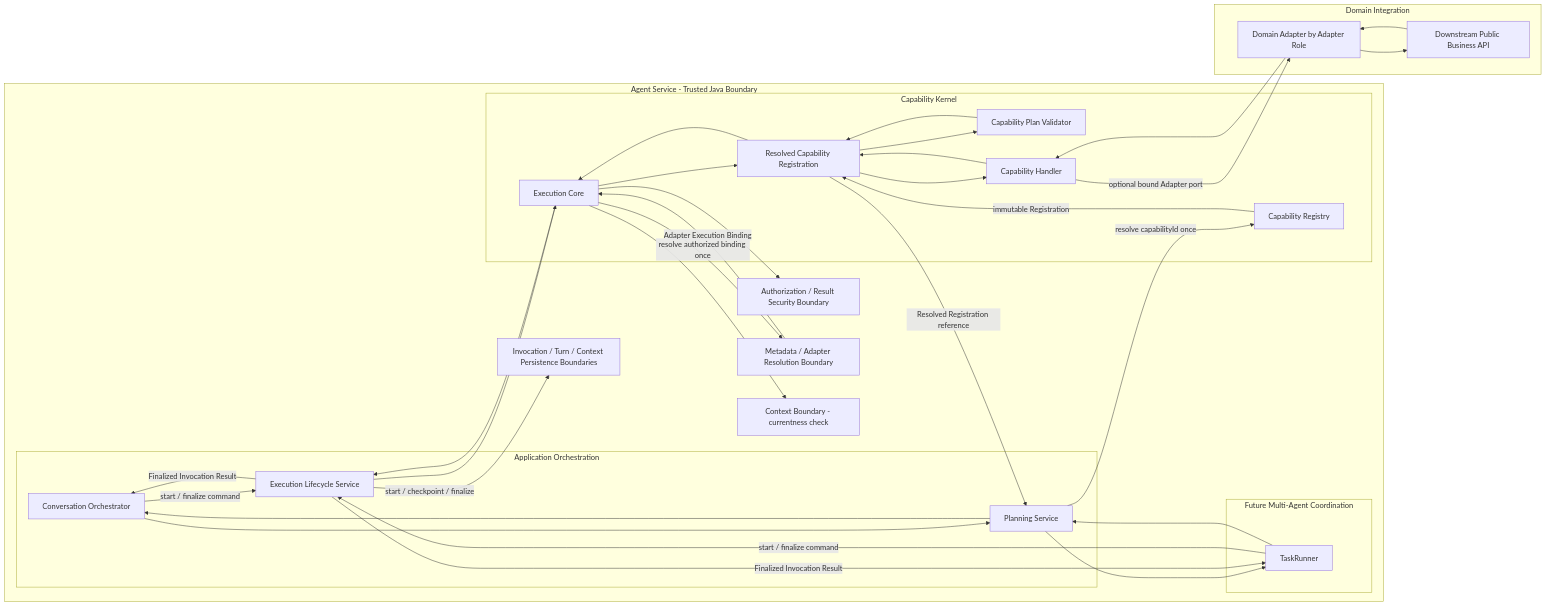
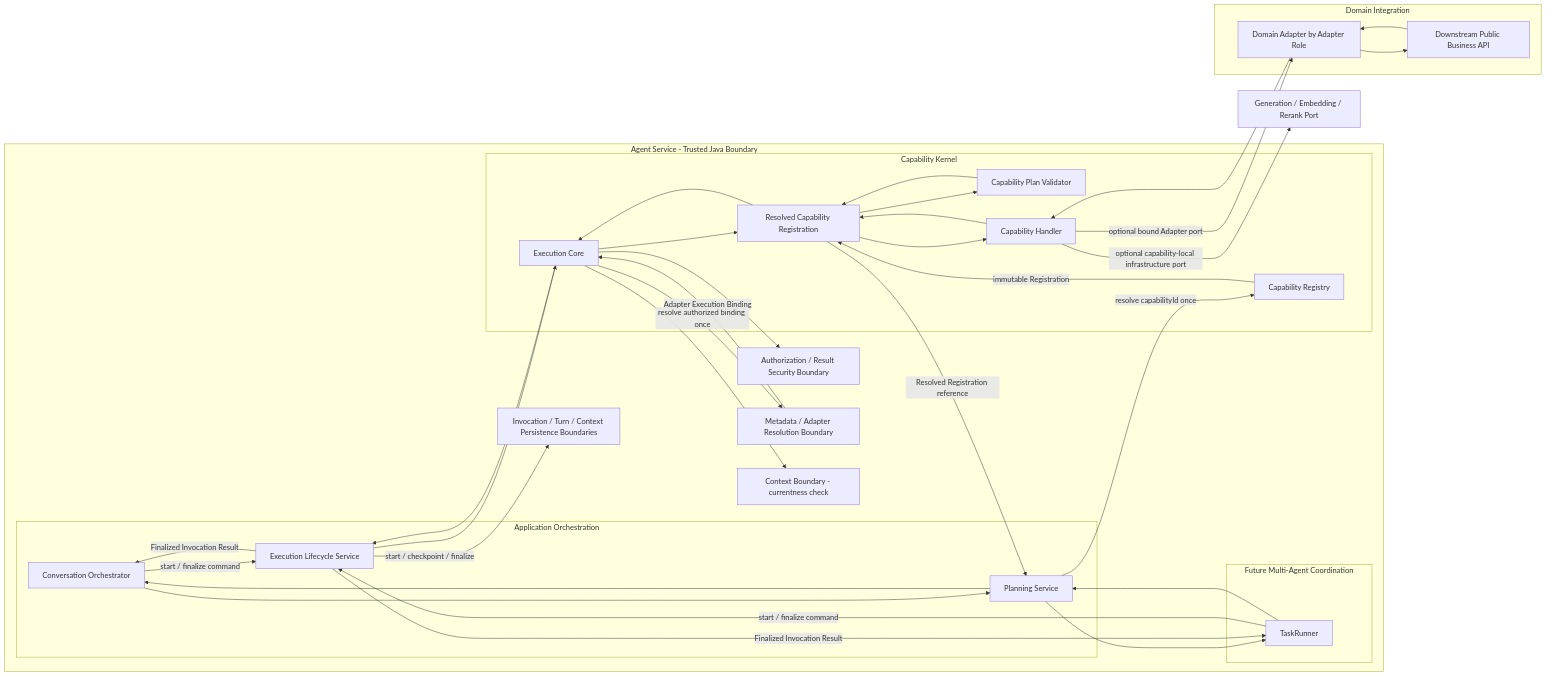
Before and after one commit to KyriosoO/springcloud-demo: the first of 3 diagrams in docs/design/Agent能力执行内核架构设计_v1.0.md, drawn with Mermaid. The commit also changed other lines of this file and 5 other files, not shown here.

````diff
--- a/docs/design/Agent能力执行内核架构设计_v1.0.md
+++ b/docs/design/Agent能力执行内核架构设计_v1.0.md
@@ -137,61 +144,62 @@
 ```mermaid
 flowchart LR
     subgraph AGENT["Agent Service - Trusted Java Boundary"]
         subgraph APP["Application Orchestration"]
             ORCH["Conversation Orchestrator"]
             PLAN["Planning Service"]
             LIFE["Execution Lifecycle Service"]
         end
 
         subgraph FUTURE["Future Multi-Agent Coordination"]
             TR["TaskRunner"]
         end
 
         subgraph KERNEL["Capability Kernel"]
             REGISTRY["Capability Registry"]
             REG["Resolved Capability Registration"]
             CORE["Execution Core"]
             VALIDATOR["Capability Plan Validator"]
             HANDLER["Capability Handler"]
         end
 
         AUTH["Authorization / Result Security Boundary"]
         META["Metadata / Adapter Resolution Boundary"]
         CONTEXT["Context Boundary - currentness check"]
         STATE["Invocation / Turn / Context Persistence Boundaries"]
     end
 
     subgraph DOMAIN["Domain Integration"]
         ADAPTER["Domain Adapter by Adapter Role"]
         BIZ["Downstream Public Business API"]
     end
 
     ORCH -->|"start / finalize command"| LIFE
     ORCH --> PLAN
     PLAN --> ORCH
     TR -->|"start / finalize command"| LIFE
     TR --> PLAN
     PLAN --> TR
     LIFE -->|"start / checkpoint / finalize"| STATE
     PLAN -->|"resolve capabilityId once"| REGISTRY
     REGISTRY -->|"immutable Registration"| REG
     REG -->|"Resolved Registration reference"| PLAN
     LIFE --> CORE
     CORE --> REG
     CORE --> AUTH
     CORE --> CONTEXT
     CORE -->|"resolve authorized binding once"| META
     META -->|"Adapter Execution Binding"| CORE
     REG --> VALIDATOR
     VALIDATOR --> REG
     REG --> HANDLER
     HANDLER -->|"optional bound Adapter port"| ADAPTER
+    HANDLER -->|"optional capability-local infrastructure port"| INFRA["Generation / Embedding / Rerank Port"]
     ADAPTER --> BIZ
     BIZ --> ADAPTER
     ADAPTER --> HANDLER
     HANDLER --> REG
     REG --> CORE
     CORE --> LIFE
     LIFE -->|"Finalized Invocation Result"| ORCH
     LIFE -->|"Finalized Invocation Result"| TR
 ```
````
